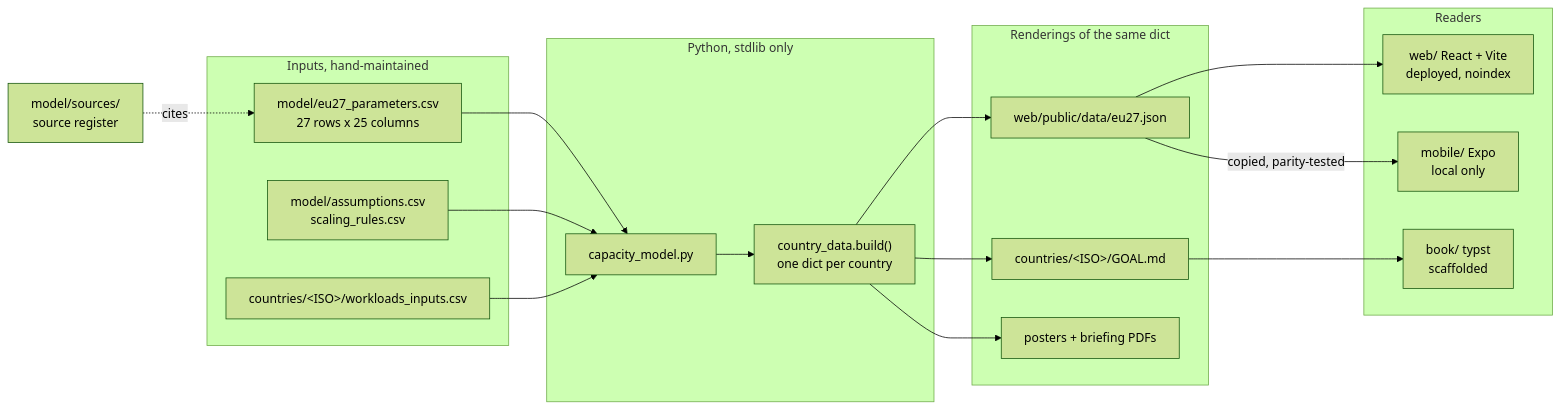
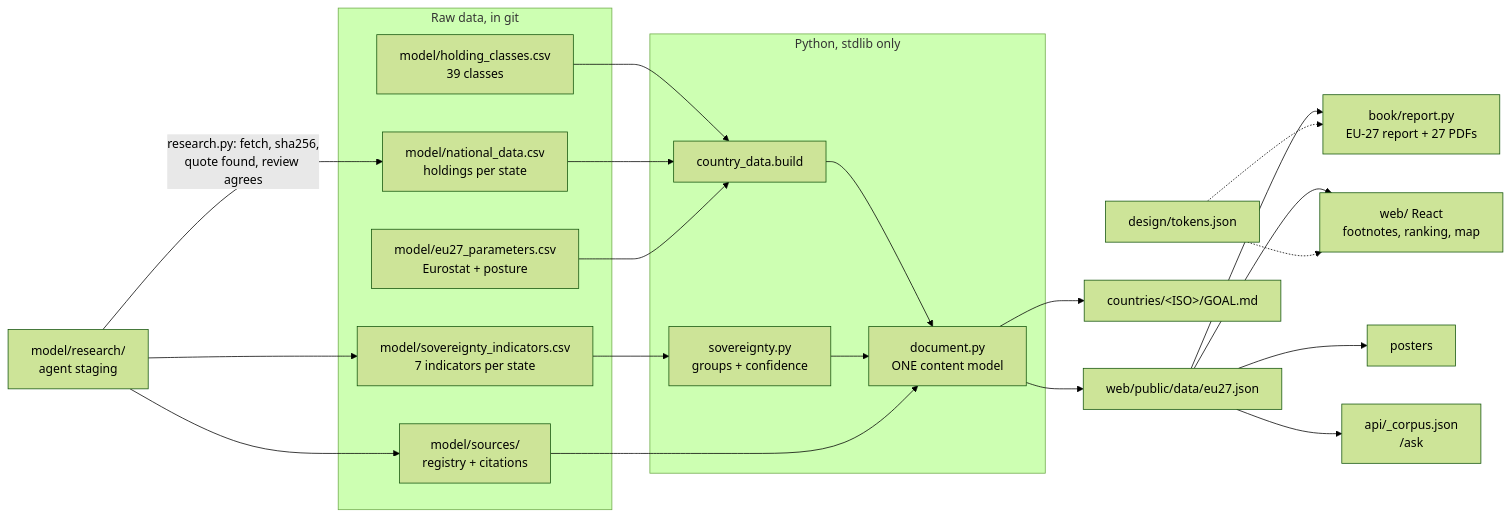
One commit to EU27-data-sovereignty/eu27-data-sovereignty changed the first of 2 diagrams in PROGRESS.md. Above: the diagram before and after it, drawn with Mermaid (forest theme). The commit also changed other lines of this file and 79 other files, not shown here.

````diff
--- a/PROGRESS.md
+++ b/PROGRESS.md
@@ -45,38 +42,37 @@
 ```mermaid
 flowchart LR
-    subgraph inputs[Inputs, hand-maintained]
-        P[model/eu27_parameters.csv<br/>27 rows x 25 columns]
-        A[model/assumptions.csv<br/>scaling_rules.csv]
-        W["countries/&lt;ISO&gt;/workloads_inputs.csv"]
+    subgraph raw[Raw data, in git]
+        HC[model/holding_classes.csv<br/>39 classes]
+        ND[model/national_data.csv<br/>holdings per state]
+        SI[model/sovereignty_indicators.csv<br/>7 indicators per state]
+        P[model/eu27_parameters.csv<br/>Eurostat + posture]
+        SR[model/sources/<br/>registry + citations]
     end
 
+    RS[model/research/<br/>agent staging] -- "research.py: fetch, sha256,<br/>quote found, review agrees" --> ND
+    RS --> SI
+    RS --> SR
+
     subgraph model[Python, stdlib only]
-        CM[capacity_model.py]
-        CD["country_data.build()<br/>one dict per country"]
+        CD[country_data.build]
+        SV[sovereignty.py<br/>groups + confidence]
+        DOC[document.py<br/>ONE content model]
     end
 
-    subgraph outputs[Renderings of the same dict]
-        B[web/public/data/eu27.json]
-        G["countries/&lt;ISO&gt;/GOAL.md"]
-        AR[posters + briefing PDFs]
-    end
+    HC --> CD
+    ND --> CD
+    P --> CD
+    SI --> SV
+    CD --> DOC
+    SV --> DOC
+    SR --> DOC
 
-    subgraph readers[Readers]
-        WEB[web/ React + Vite<br/>deployed, noindex]
-        MOB[mobile/ Expo<br/>local only]
-        BK[book/ typst<br/>scaffolded]
-    end
-
-    P --> CM
-    A --> CM
-    W --> CM
-    CM --> CD
-    CD --> B
-    CD --> G
-    CD --> AR
-    B --> WEB
-    B -- copied, parity-tested --> MOB
-    G --> BK
-
-    S[model/sources/<br/>source register] -. cites .-> P
+    DOC --> B[web/public/data/eu27.json]
+    DOC --> G["countries/&lt;ISO&gt;/GOAL.md"]
+    B --> REP[book/report.py<br/>EU-27 report + 27 PDFs]
+    B --> WEB[web/ React<br/>footnotes, ranking, map]
+    B --> POS[posters]
+    B --> ASK[api/_corpus.json<br/>/ask]
+    T[design/tokens.json] -.-> WEB
+    T -.-> REP
 ```
````
